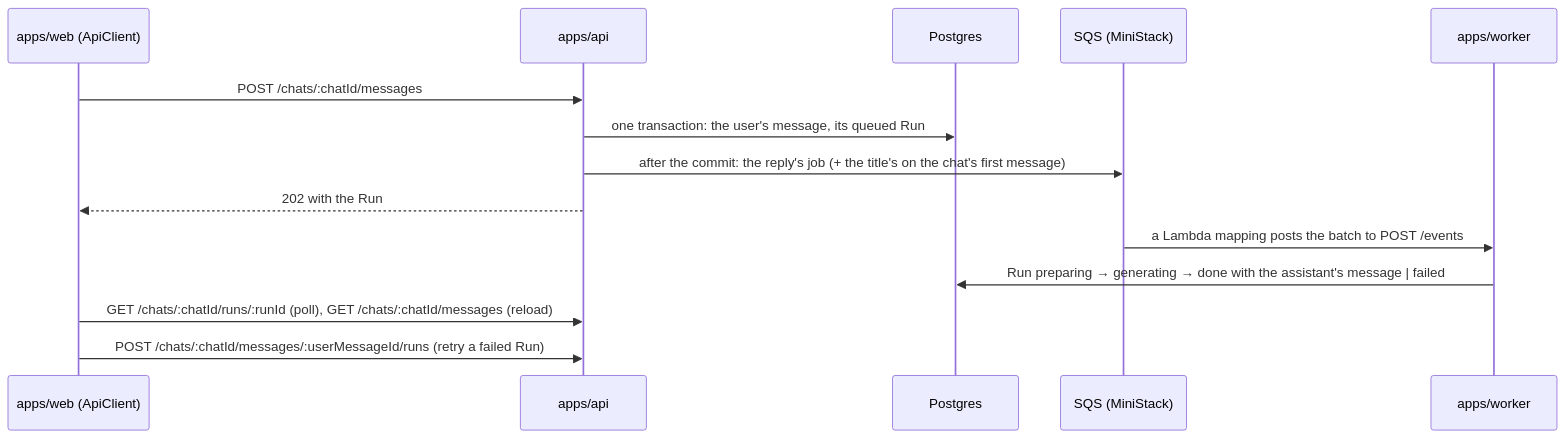
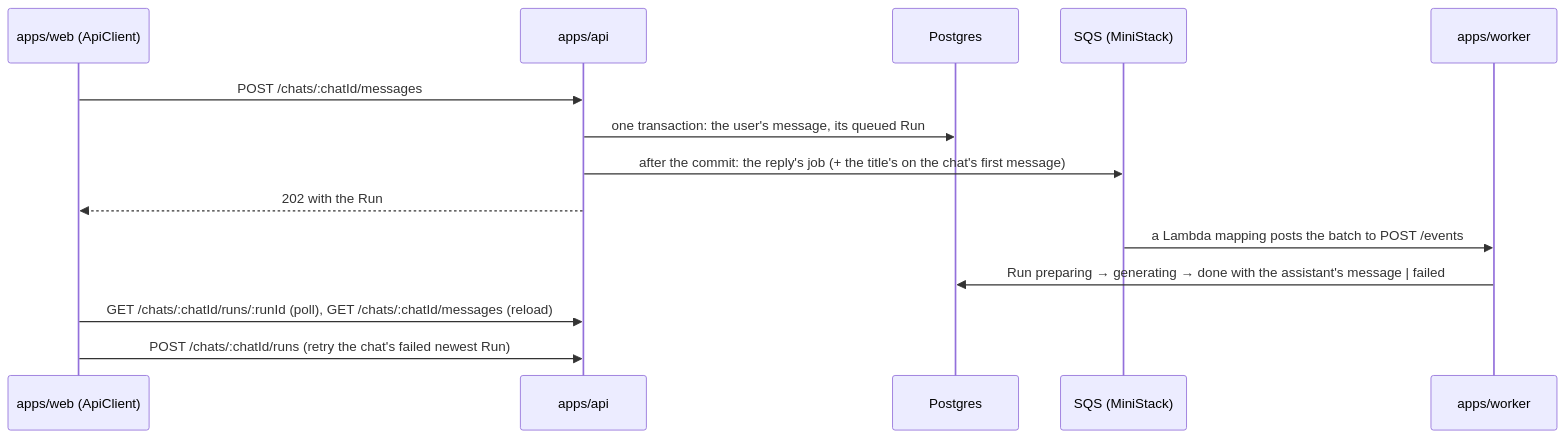
One commit to khotei/app-template changed the first of 2 diagrams in README.md. Above: the diagram before and after it, drawn with Mermaid. The commit also changed 12 other files, not shown here.

First line of the commit message:
:recycle: refactor(chat): Retry the chat's newest Run

````diff
--- a/README.md
+++ b/README.md
@@ -34,16 +34,16 @@
 ```mermaid
 sequenceDiagram
   participant W as apps/web (ApiClient)
   participant A as apps/api
   participant S as Postgres
   participant Q as SQS (MiniStack)
   participant K as apps/worker
   W->>A: POST /chats/:chatId/messages
   A->>S: one transaction: the user's message, its queued Run
   A->>Q: after the commit: the reply's job (+ the title's on the chat's first message)
   A-->>W: 202 with the Run
   Q->>K: a Lambda mapping posts the batch to POST /events
   K->>S: Run preparing → generating → done with the assistant's message | failed
   W->>A: GET /chats/:chatId/runs/:runId (poll), GET /chats/:chatId/messages (reload)
-  W->>A: POST /chats/:chatId/messages/:userMessageId/runs (retry a failed Run)
+  W->>A: POST /chats/:chatId/runs (retry the chat's failed newest Run)
 ```
````
